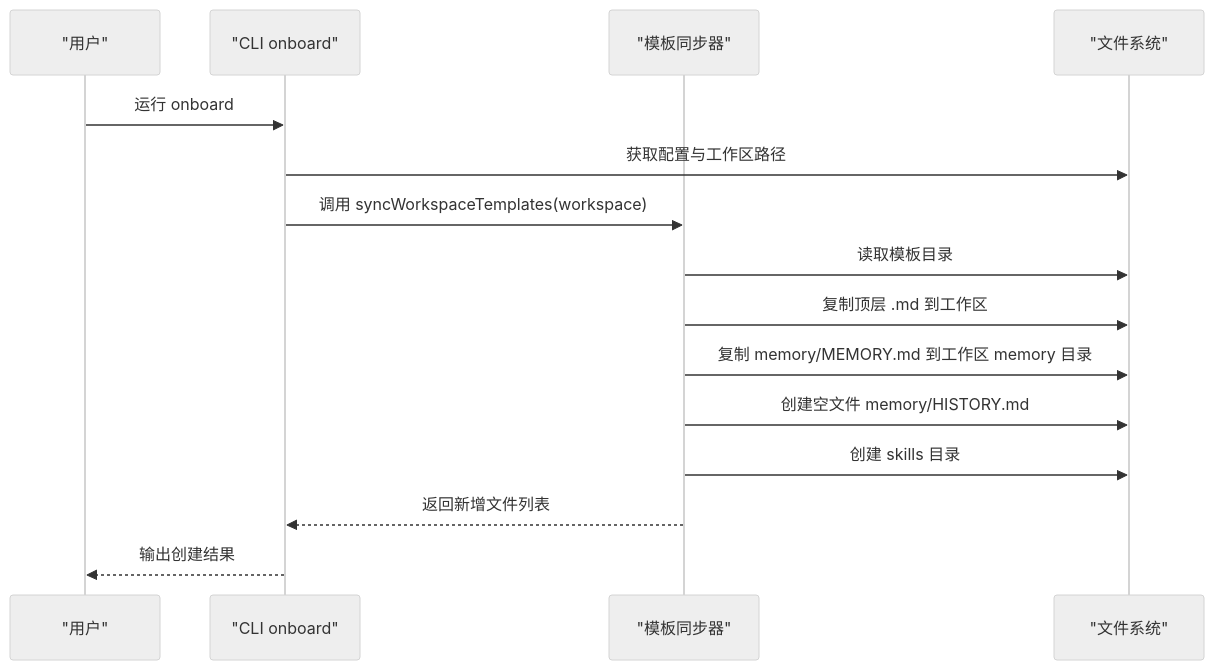
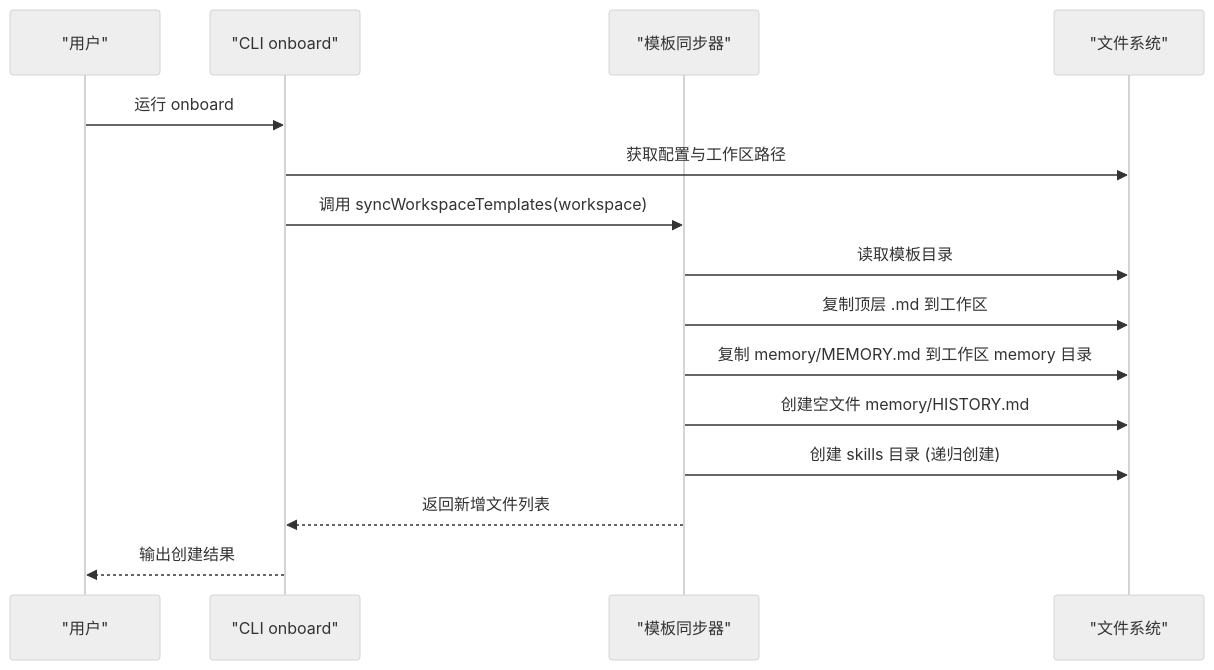
Before and after one commit to neciszhang/batbot: the third of 4 diagrams in .qoder/repowiki/zh/content/工作空间管理/模板系统.md, drawn with Mermaid (neutral theme). The commit also changed other lines of this file and 7 other files, not shown here.

````diff
--- a/.qoder/repowiki/zh/content/工作空间管理/模板系统.md
+++ b/.qoder/repowiki/zh/content/工作空间管理/模板系统.md
@@ -184,17 +192,17 @@
 ```mermaid
 sequenceDiagram
 participant U as "用户"
 participant CLI as "CLI onboard"
 participant Sync as "模板同步器"
 participant FS as "文件系统"
 U->>CLI : 运行 onboard
 CLI->>FS : 获取配置与工作区路径
 CLI->>Sync : 调用 syncWorkspaceTemplates(workspace)
 Sync->>FS : 读取模板目录
 Sync->>FS : 复制顶层 .md 到工作区
 Sync->>FS : 复制 memory/MEMORY.md 到工作区 memory 目录
 Sync->>FS : 创建空文件 memory/HISTORY.md
-Sync->>FS : 创建 skills 目录
+Sync->>FS : 创建 skills 目录 (递归创建)
 Sync-->>CLI : 返回新增文件列表
 CLI-->>U : 输出创建结果
 ```
````
